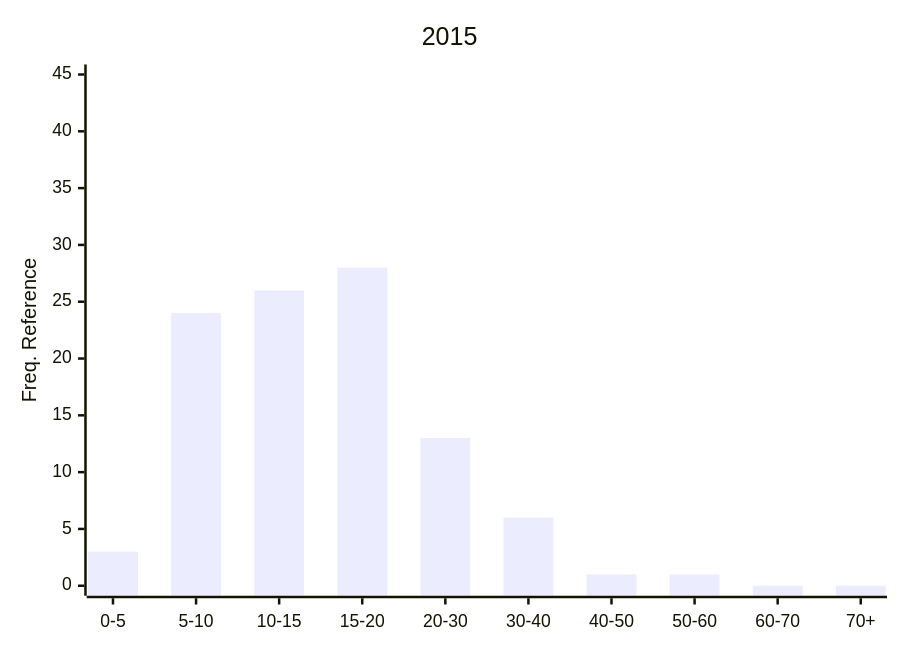
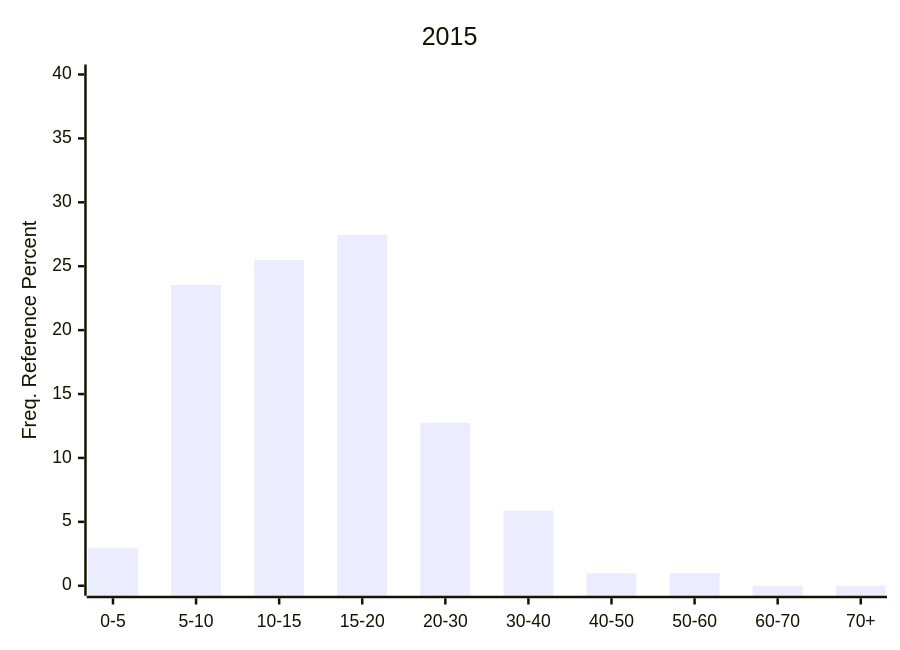
Before and after one commit to Nemus-Project/fair-nime-2026: diagram 18 of 28 in README.md, drawn with Mermaid. The commit also changed other lines of this file, not shown here.

````diff
--- a/README.md
+++ b/README.md
@@ -604,7 +605,7 @@
 ```mermaid
 xychart-beta
     title "2015"
     x-axis ["0-5", "5-10", "10-15", "15-20", "20-30", "30-40", "40-50", "50-60", "60-70", "70+"]
-    y-axis "Freq. Reference" 0 --> 45
-    bar [3, 24, 26, 28, 13, 6, 1, 1, 0, 0]
+    y-axis "Freq. Reference Percent" 0 --> 40
+    bar [2.941176470588235, 23.52941176470588, 25.49019607843137, 27.450980392156865, 12.745098039215685, 5.88235294117647, 0.9803921568627451, 0.9803921568627451, 0.0, 0.0]
 ```    
````
